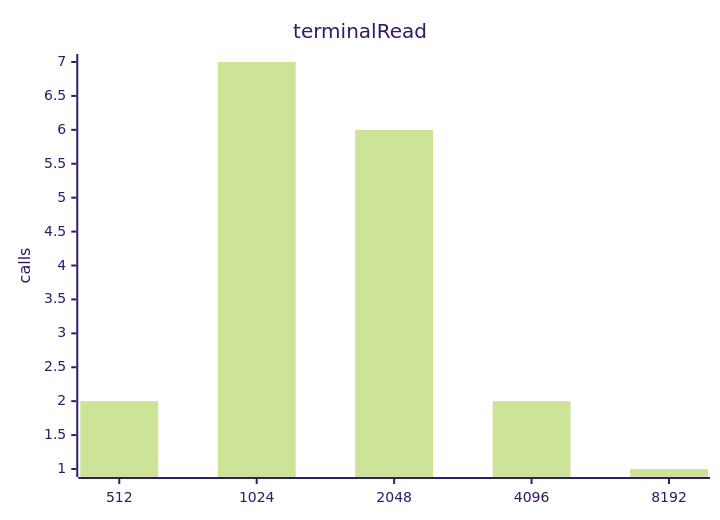
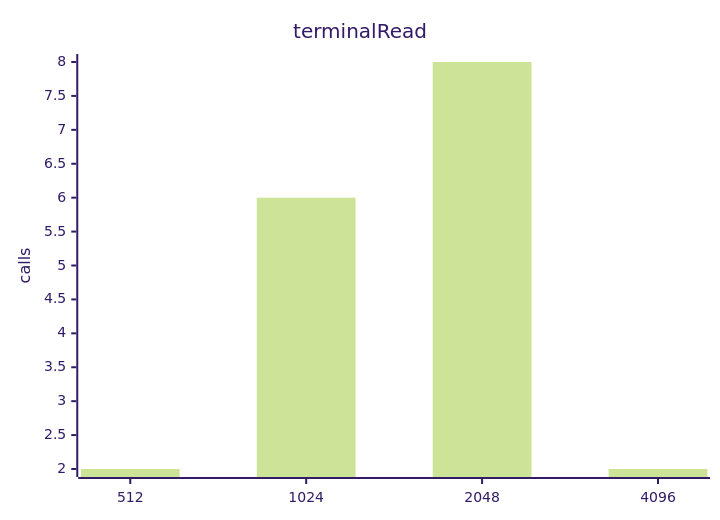
The fifth of 10 diagrams in benchmark/control-report.md (jrengmusic/eve), drawn with Mermaid (forest theme) before and after one commit. The commit also changed other lines of this file and 37 other files, not shown here.

````diff
--- a/benchmark/control-report.md
+++ b/benchmark/control-report.md
@@ -1467,7 +1467,7 @@
 ```mermaid
 xychart-beta
 title "terminalRead"
-x-axis ["512", "1024", "2048", "4096", "8192"]
+x-axis ["512", "1024", "2048", "4096"]
 y-axis "calls"
-bar [2.00000000000000000, 7.00000000000000000, 6.00000000000000000, 2.00000000000000000, 1.00000000000000000]
+bar [2.00000000000000000, 6.00000000000000000, 8.00000000000000000, 2.00000000000000000]
 ```
````
